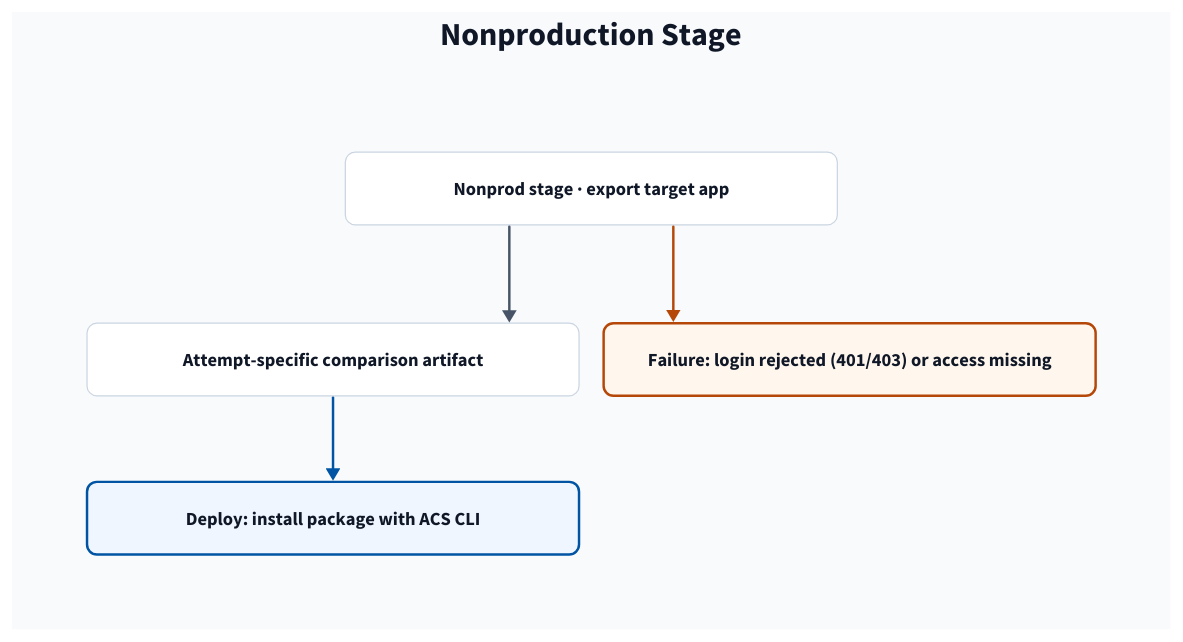
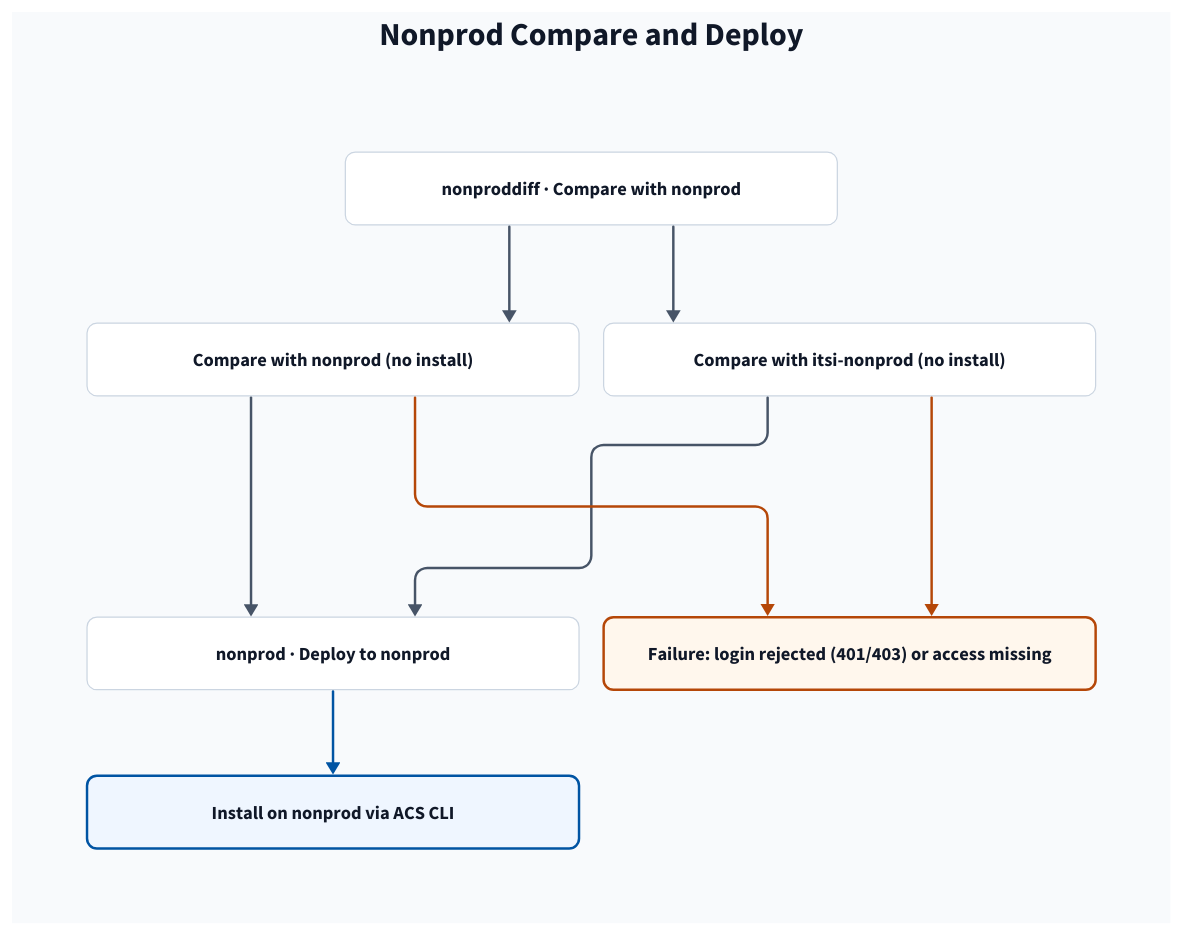
Before and after one commit to dryvist/azure-pipelines-splunk-apps: the diagram in wiki/diagrams/nonprod-stage.d2, drawn with D2. The commit also changed 31 other files, not shown here.

First line of the commit message:
refactor: share compare and deploy stage templates across the app and deploy pipelines (#86)

```diff
--- a/wiki/diagrams/nonprod-stage.d2
+++ b/wiki/diagrams/nonprod-stage.d2
@@ -1,84 +1,90 @@
 vars: {
   canvas: "#F8FAFC"
   surface: "#FFFFFF"
   boundary-surface: "#F1F5F9"
   text: "#101828"
   muted: "#475467"
   border: "#CBD5E1"
   accent: "#0054A3"
   accent-surface: "#EFF6FF"
   warm: "#B54708"
   warm-surface: "#FFF7ED"
   d2-config: {theme-id: 0; layout-engine: elk; pad: 32; sketch: false}
 }
 style.fill: ${canvas}
 
 classes: {
   title: {shape: text; style: {font-color: ${text}; font-size: 26; bold: true}}
   subtitle: {shape: text; style: {font-color: ${muted}; font-size: 15}}
   columns: {style: {fill: transparent; stroke: transparent}}
   boundary: {
     style: {
       fill: ${boundary-surface}
       stroke: ${border}
       font-color: ${text}
       font-size: 20
       stroke-width: 1
       border-radius: 8
     }
   }
   group: {
     style: {
       fill: ${surface}
       stroke: ${border}
       font-color: ${muted}
       font-size: 16
       stroke-width: 1
       border-radius: 8
     }
   }
   card: {
     width: 250
     style: {
       fill: ${surface}
       stroke: ${border}
       font-color: ${text}
       font-size: 15
       stroke-width: 1
       border-radius: 8
     }
   }
   card-2: {width: 505}
   card-3: {width: 330}
   emphasis: {style: {fill: ${accent-surface}; stroke: ${accent}; stroke-width: 2}}
   exception: {style: {fill: ${warm-surface}; stroke: ${warm}; stroke-width: 2}}
   ghost: {style: {fill: transparent; stroke: ${muted}; stroke-dash: 5; font-color: ${muted}}}
   caption: {shape: text; style: {font-color: ${muted}; font-size: 15}}
   link: {style: {stroke: ${muted}; stroke-width: 2; font-color: ${muted}; font-size: 14}}
   link-emphasis: {style: {stroke: ${accent}; stroke-width: 2; font-color: ${muted}; font-size: 14}}
   link-exception: {style: {stroke: ${warm}; stroke-width: 2; font-color: ${muted}; font-size: 14}}
   link-planned: {style: {stroke: ${muted}; stroke-width: 2; stroke-dash: 5; font-color: ${muted}; font-size: 14}}
 }
 
 
-title: "Nonproduction Stage" {class: title; near: top-center}
+title: "Nonprod Compare and Deploy" {class: title; near: top-center}
 
 page: "" {
   class: columns
   grid-columns: 1
   grid-gap: 10
 
 
 
   stages: "" {
     class: columns
     direction: down
-    export: "Nonprod stage · export target app" {class: card; width: 400}
-    diff: "Attempt-specific comparison artifact" {class: card; width: 400}
-    deploy: "Deploy: install package with ACS CLI" {class: [card; emphasis]; width: 400}
+    compare_stage: "nonproddiff · Compare with nonprod" {class: card; width: 400}
+    compare_nonprod: "Compare with nonprod (no install)" {class: card; width: 400}
+    compare_itsi: "Compare with itsi-nonprod (no install)" {class: card; width: 400}
+    deploy_stage: "nonprod · Deploy to nonprod" {class: card; width: 400}
+    install: "Install on nonprod via ACS CLI" {class: [card; emphasis]; width: 400}
     failure: "Failure: login rejected (401/403) or access missing" {class: [card; exception]; width: 400}
-    export -> diff: {class: link}
-    diff -> deploy: {class: link-emphasis}
-    export -> failure: {class: link-exception}
+    compare_stage -> compare_nonprod: {class: link}
+    compare_stage -> compare_itsi: {class: link}
+    compare_nonprod -> deploy_stage: {class: link}
+    compare_itsi -> deploy_stage: {class: link}
+    deploy_stage -> install: {class: link-emphasis}
+    compare_nonprod -> failure: {class: link-exception}
+    compare_itsi -> failure: {class: link-exception}
   }
 }
```
